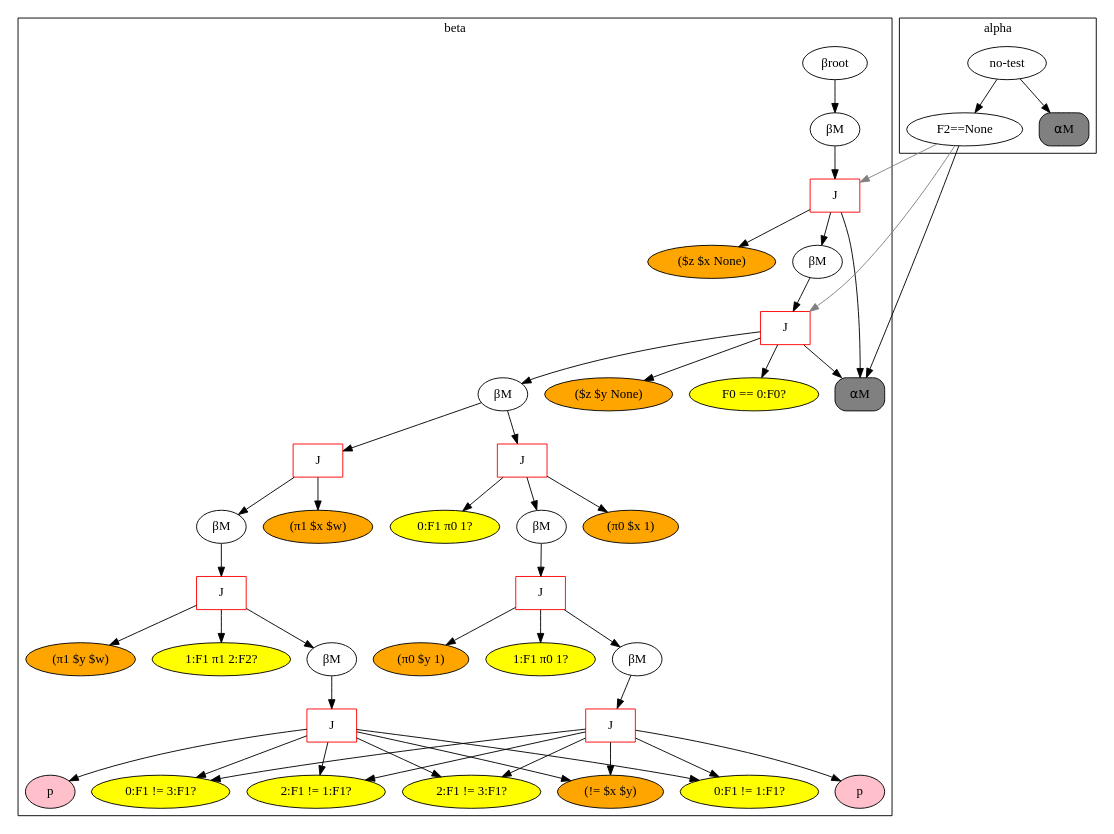
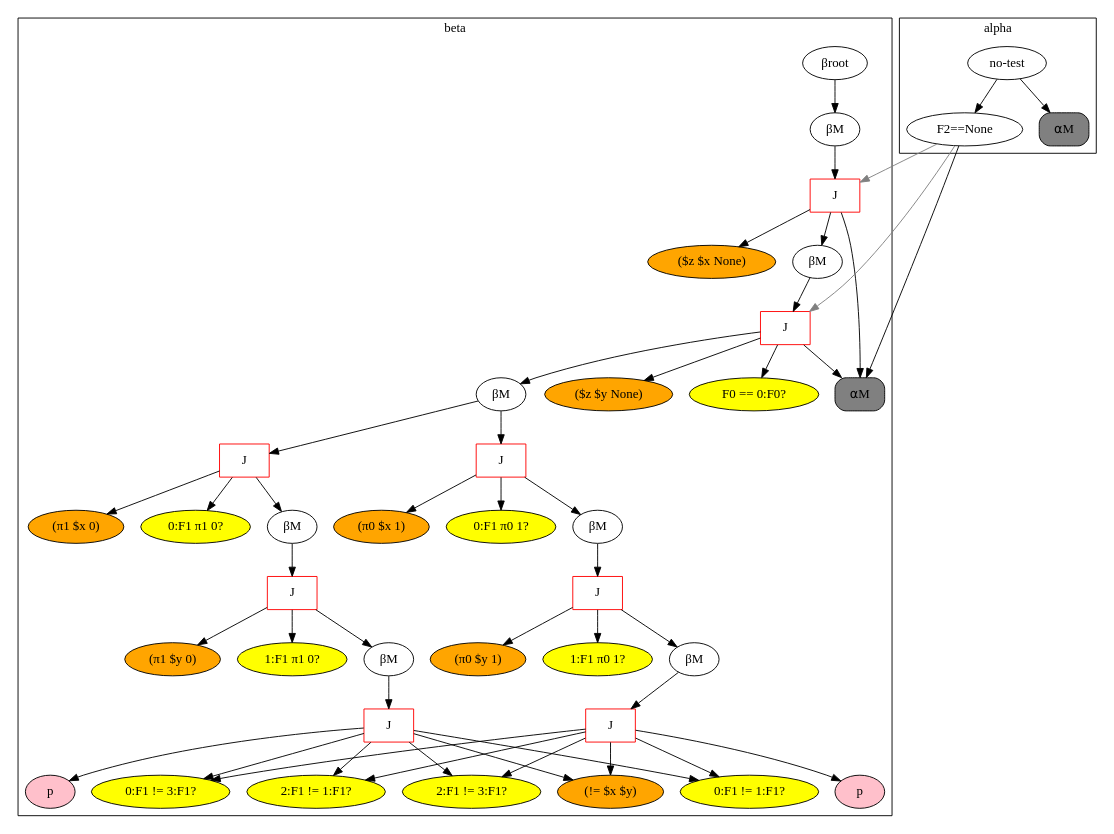
The diagram in rete.dot (Cybernetic1/GIRL), drawn with Graphviz before and after one commit. The commit also changed 2 other files, not shown here.

```diff
--- a/rete.dot
+++ b/rete.dot
@@ -1,92 +1,94 @@
 digraph {
 	subgraph cluster_1 {
 	label = beta
-	"BetaNode 0x7fda1fb5af98" [label="βroot"];
-	"BetaNode 0x7fda1fb5af98" -> "BetaMemory 0x7fda1fb843c8";
-	"BetaMemory 0x7fda1fb843c8" [label="βM"];
-	"BetaMemory 0x7fda1fb843c8" -> "JoinNode 0x7fda1fb844a8";
-	"JoinNode 0x7fda1fb844a8" [shape=box,color=red,label="J"];
-	"JoinNode 0x7fda1fb844a8" -> "⍺M:<rete.alpha.AlphaMemory object at 0x7fda1fb84470>"
+	"BetaNode 0x7fca00100d68" [label="βroot"];
+	"BetaNode 0x7fca00100d68" -> "BetaMemory 0x7fca000a42e8";
+	"BetaMemory 0x7fca000a42e8" [label="βM"];
+	"BetaMemory 0x7fca000a42e8" -> "JoinNode 0x7fca000a43c8";
+	"JoinNode 0x7fca000a43c8" [shape=box,color=red,label="J"];
+	"JoinNode 0x7fca000a43c8" -> "⍺M:<rete.alpha.AlphaMemory object at 0x7fca000a4390>"
 	"($z $x None)" [style=filled,fillcolor=orange];
-	"JoinNode 0x7fda1fb844a8" -> "($z $x None)"
-	"JoinNode 0x7fda1fb844a8" -> "BetaMemory 0x7fda1fb844e0";
-	"BetaMemory 0x7fda1fb844e0" [label="βM"];
-	"BetaMemory 0x7fda1fb844e0" -> "JoinNode 0x7fda1fb84518";
-	"JoinNode 0x7fda1fb84518" [shape=box,color=red,label="J"];
-	"JoinNode 0x7fda1fb84518" -> "⍺M:<rete.alpha.AlphaMemory object at 0x7fda1fb84470>"
+	"JoinNode 0x7fca000a43c8" -> "($z $x None)"
+	"JoinNode 0x7fca000a43c8" -> "BetaMemory 0x7fca000a4400";
+	"BetaMemory 0x7fca000a4400" [label="βM"];
+	"BetaMemory 0x7fca000a4400" -> "JoinNode 0x7fca000a4438";
+	"JoinNode 0x7fca000a4438" [shape=box,color=red,label="J"];
+	"JoinNode 0x7fca000a4438" -> "⍺M:<rete.alpha.AlphaMemory object at 0x7fca000a4390>"
 	"($z $y None)" [style=filled,fillcolor=orange];
-	"JoinNode 0x7fda1fb84518" -> "($z $y None)"
+	"JoinNode 0x7fca000a4438" -> "($z $y None)"
 	"F0 == 0:F0?" [style=filled,fillcolor=yellow];
-	"JoinNode 0x7fda1fb84518" -> "F0 == 0:F0?"
-	"JoinNode 0x7fda1fb84518" -> "BetaMemory 0x7fda1fb84550";
-	"BetaMemory 0x7fda1fb84550" [label="βM"];
-	"BetaMemory 0x7fda1fb84550" -> "JoinNode 0x7fda1fb845c0";
-	"JoinNode 0x7fda1fb845c0" [shape=box,color=red,label="J"];
-	"(π1 $x $w)" [style=filled,fillcolor=orange];
-	"JoinNode 0x7fda1fb845c0" -> "(π1 $x $w)"
-	"JoinNode 0x7fda1fb845c0" -> "BetaMemory 0x7fda1fb845f8";
-	"BetaMemory 0x7fda1fb845f8" [label="βM"];
-	"BetaMemory 0x7fda1fb845f8" -> "JoinNode 0x7fda1fb84630";
-	"JoinNode 0x7fda1fb84630" [shape=box,color=red,label="J"];
-	"(π1 $y $w)" [style=filled,fillcolor=orange];
-	"JoinNode 0x7fda1fb84630" -> "(π1 $y $w)"
-	"1:F1 π1 2:F2?" [style=filled,fillcolor=yellow];
-	"JoinNode 0x7fda1fb84630" -> "1:F1 π1 2:F2?"
-	"JoinNode 0x7fda1fb84630" -> "BetaMemory 0x7fda1fb84668";
-	"BetaMemory 0x7fda1fb84668" [label="βM"];
-	"BetaMemory 0x7fda1fb84668" -> "JoinNode 0x7fda1fb846d8";
-	"JoinNode 0x7fda1fb846d8" [shape=box,color=red,label="J"];
+	"JoinNode 0x7fca000a4438" -> "F0 == 0:F0?"
+	"JoinNode 0x7fca000a4438" -> "BetaMemory 0x7fca000a4470";
+	"BetaMemory 0x7fca000a4470" [label="βM"];
+	"BetaMemory 0x7fca000a4470" -> "JoinNode 0x7fca000a44e0";
+	"JoinNode 0x7fca000a44e0" [shape=box,color=red,label="J"];
+	"(π1 $x 0)" [style=filled,fillcolor=orange];
+	"JoinNode 0x7fca000a44e0" -> "(π1 $x 0)"
+	"0:F1 π1 0?" [style=filled,fillcolor=yellow];
+	"JoinNode 0x7fca000a44e0" -> "0:F1 π1 0?"
+	"JoinNode 0x7fca000a44e0" -> "BetaMemory 0x7fca000a4550";
+	"BetaMemory 0x7fca000a4550" [label="βM"];
+	"BetaMemory 0x7fca000a4550" -> "JoinNode 0x7fca000a4588";
+	"JoinNode 0x7fca000a4588" [shape=box,color=red,label="J"];
+	"(π1 $y 0)" [style=filled,fillcolor=orange];
+	"JoinNode 0x7fca000a4588" -> "(π1 $y 0)"
+	"1:F1 π1 0?" [style=filled,fillcolor=yellow];
+	"JoinNode 0x7fca000a4588" -> "1:F1 π1 0?"
+	"JoinNode 0x7fca000a4588" -> "BetaMemory 0x7fca000a45f8";
+	"BetaMemory 0x7fca000a45f8" [label="βM"];
+	"BetaMemory 0x7fca000a45f8" -> "JoinNode 0x7fca000a4630";
+	"JoinNode 0x7fca000a4630" [shape=box,color=red,label="J"];
 	"(!= $x $y)" [style=filled,fillcolor=orange];
-	"JoinNode 0x7fda1fb846d8" -> "(!= $x $y)"
+	"JoinNode 0x7fca000a4630" -> "(!= $x $y)"
 	"0:F1 != 1:F1?" [style=filled,fillcolor=yellow];
-	"JoinNode 0x7fda1fb846d8" -> "0:F1 != 1:F1?"
+	"JoinNode 0x7fca000a4630" -> "0:F1 != 1:F1?"
 	"0:F1 != 3:F1?" [style=filled,fillcolor=yellow];
-	"JoinNode 0x7fda1fb846d8" -> "0:F1 != 3:F1?"
+	"JoinNode 0x7fca000a4630" -> "0:F1 != 3:F1?"
 	"2:F1 != 1:F1?" [style=filled,fillcolor=yellow];
-	"JoinNode 0x7fda1fb846d8" -> "2:F1 != 1:F1?"
+	"JoinNode 0x7fca000a4630" -> "2:F1 != 1:F1?"
 	"2:F1 != 3:F1?" [style=filled,fillcolor=yellow];
-	"JoinNode 0x7fda1fb846d8" -> "2:F1 != 3:F1?"
-	"JoinNode 0x7fda1fb846d8" -> "PNode 0x7fda1fb84390";
-	"PNode 0x7fda1fb84390" [style=filled,fillcolor=pink,label="p"];
-	"BetaMemory 0x7fda1fb84550" -> "JoinNode 0x7fda1fb849e8";
-	"JoinNode 0x7fda1fb849e8" [shape=box,color=red,label="J"];
+	"JoinNode 0x7fca000a4630" -> "2:F1 != 3:F1?"
+	"JoinNode 0x7fca000a4630" -> "PNode 0x7fca000a42b0";
+	"PNode 0x7fca000a42b0" [style=filled,fillcolor=pink,label="p"];
+	"BetaMemory 0x7fca000a4470" -> "JoinNode 0x7fca000a4940";
+	"JoinNode 0x7fca000a4940" [shape=box,color=red,label="J"];
 	"(π0 $x 1)" [style=filled,fillcolor=orange];
-	"JoinNode 0x7fda1fb849e8" -> "(π0 $x 1)"
+	"JoinNode 0x7fca000a4940" -> "(π0 $x 1)"
 	"0:F1 π0 1?" [style=filled,fillcolor=yellow];
-	"JoinNode 0x7fda1fb849e8" -> "0:F1 π0 1?"
-	"JoinNode 0x7fda1fb849e8" -> "BetaMemory 0x7fda1fb84978";
-	"BetaMemory 0x7fda1fb84978" [label="βM"];
-	"BetaMemory 0x7fda1fb84978" -> "JoinNode 0x7fda1fb84a20";
-	"JoinNode 0x7fda1fb84a20" [shape=box,color=red,label="J"];
+	"JoinNode 0x7fca000a4940" -> "0:F1 π0 1?"
+	"JoinNode 0x7fca000a4940" -> "BetaMemory 0x7fca000a48d0";
+	"BetaMemory 0x7fca000a48d0" [label="βM"];
+	"BetaMemory 0x7fca000a48d0" -> "JoinNode 0x7fca000a4978";
+	"JoinNode 0x7fca000a4978" [shape=box,color=red,label="J"];
 	"(π0 $y 1)" [style=filled,fillcolor=orange];
-	"JoinNode 0x7fda1fb84a20" -> "(π0 $y 1)"
+	"JoinNode 0x7fca000a4978" -> "(π0 $y 1)"
 	"1:F1 π0 1?" [style=filled,fillcolor=yellow];
-	"JoinNode 0x7fda1fb84a20" -> "1:F1 π0 1?"
-	"JoinNode 0x7fda1fb84a20" -> "BetaMemory 0x7fda1fb84a90";
-	"BetaMemory 0x7fda1fb84a90" [label="βM"];
-	"BetaMemory 0x7fda1fb84a90" -> "JoinNode 0x7fda1fb84ac8";
-	"JoinNode 0x7fda1fb84ac8" [shape=box,color=red,label="J"];
+	"JoinNode 0x7fca000a4978" -> "1:F1 π0 1?"
+	"JoinNode 0x7fca000a4978" -> "BetaMemory 0x7fca000a49e8";
+	"BetaMemory 0x7fca000a49e8" [label="βM"];
+	"BetaMemory 0x7fca000a49e8" -> "JoinNode 0x7fca000a4a20";
+	"JoinNode 0x7fca000a4a20" [shape=box,color=red,label="J"];
 	"(!= $x $y)" [style=filled,fillcolor=orange];
-	"JoinNode 0x7fda1fb84ac8" -> "(!= $x $y)"
+	"JoinNode 0x7fca000a4a20" -> "(!= $x $y)"
 	"0:F1 != 1:F1?" [style=filled,fillcolor=yellow];
-	"JoinNode 0x7fda1fb84ac8" -> "0:F1 != 1:F1?"
+	"JoinNode 0x7fca000a4a20" -> "0:F1 != 1:F1?"
 	"0:F1 != 3:F1?" [style=filled,fillcolor=yellow];
-	"JoinNode 0x7fda1fb84ac8" -> "0:F1 != 3:F1?"
+	"JoinNode 0x7fca000a4a20" -> "0:F1 != 3:F1?"
 	"2:F1 != 1:F1?" [style=filled,fillcolor=yellow];
-	"JoinNode 0x7fda1fb84ac8" -> "2:F1 != 1:F1?"
+	"JoinNode 0x7fca000a4a20" -> "2:F1 != 1:F1?"
 	"2:F1 != 3:F1?" [style=filled,fillcolor=yellow];
-	"JoinNode 0x7fda1fb84ac8" -> "2:F1 != 3:F1?"
-	"JoinNode 0x7fda1fb84ac8" -> "PNode 0x7fda1fb84940";
-	"PNode 0x7fda1fb84940" [style=filled,fillcolor=pink,label="p"];
+	"JoinNode 0x7fca000a4a20" -> "2:F1 != 3:F1?"
+	"JoinNode 0x7fca000a4a20" -> "PNode 0x7fca000a4898";
+	"PNode 0x7fca000a4898" [style=filled,fillcolor=pink,label="p"];
 	}
 	subgraph cluster_0 {
 	label = alpha
 	"no-test" -> "F2==None";
-	"F2==None" -> "⍺M:<rete.alpha.AlphaMemory object at 0x7fda1fb84470>";
-	"⍺M:<rete.alpha.AlphaMemory object at 0x7fda1fb84470>" [shape=box, style="rounded,filled", label="⍺M", fillcolor=gray];
-	"no-test" -> "⍺M:<rete.alpha.AlphaMemory object at 0x7fda1fb5ac50>";
-	"⍺M:<rete.alpha.AlphaMemory object at 0x7fda1fb5ac50>" [shape=box, style="rounded,filled", label="⍺M", fillcolor=gray];
+	"F2==None" -> "⍺M:<rete.alpha.AlphaMemory object at 0x7fca000a4390>";
+	"⍺M:<rete.alpha.AlphaMemory object at 0x7fca000a4390>" [shape=box, style="rounded,filled", label="⍺M", fillcolor=gray];
+	"no-test" -> "⍺M:<rete.alpha.AlphaMemory object at 0x7fca00100a20>";
+	"⍺M:<rete.alpha.AlphaMemory object at 0x7fca00100a20>" [shape=box, style="rounded,filled", label="⍺M", fillcolor=gray];
 	}
-	"F2==None" -> "JoinNode 0x7fda1fb844a8" [color=gray];
-	"F2==None" -> "JoinNode 0x7fda1fb84518" [color=gray];
+	"F2==None" -> "JoinNode 0x7fca000a43c8" [color=gray];
+	"F2==None" -> "JoinNode 0x7fca000a4438" [color=gray];
 }
```
